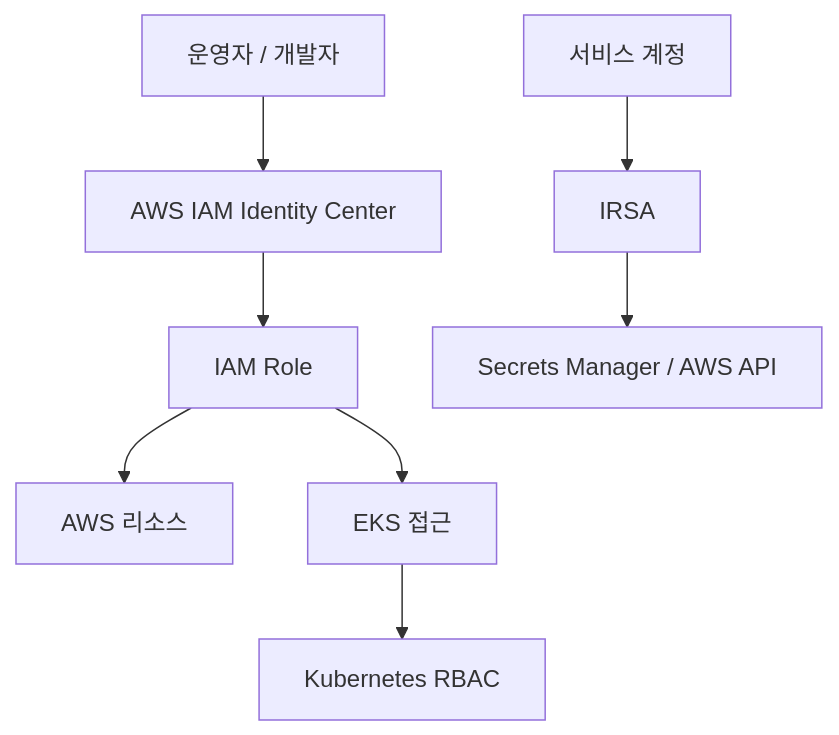
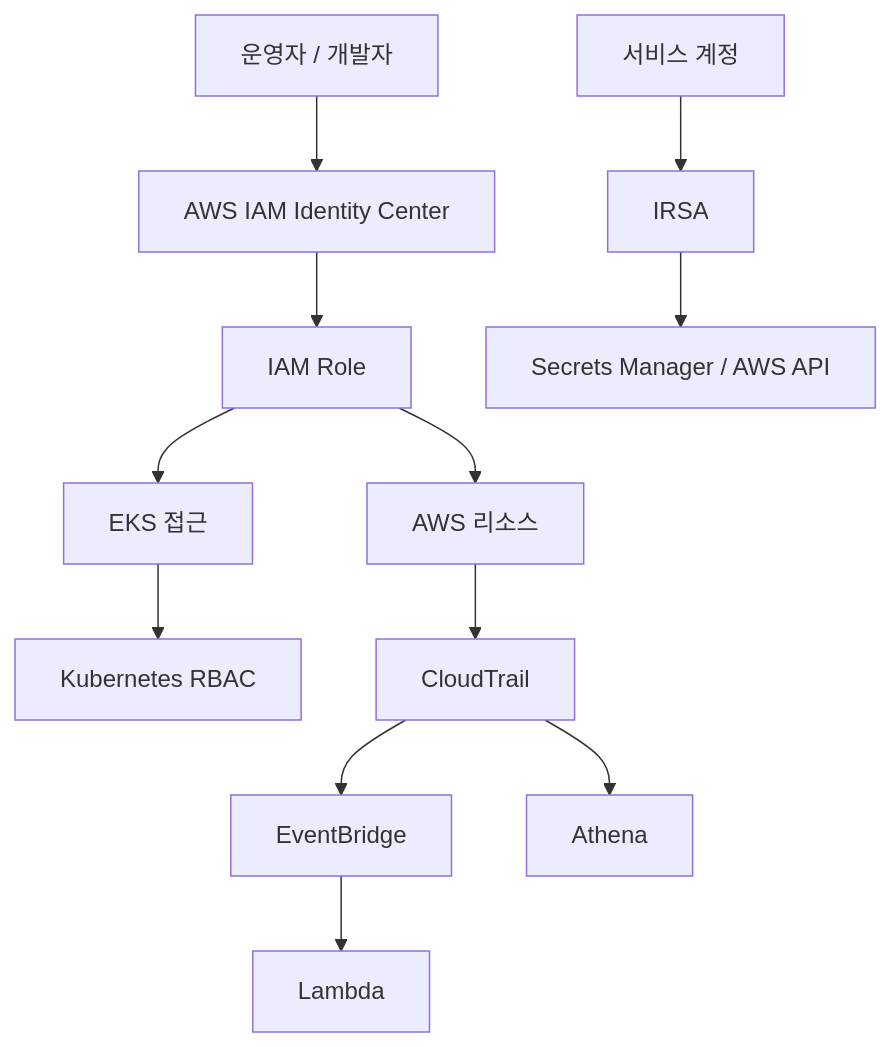
Before and after one commit to goorm-gongbang/001-finalPR: the diagram in docs/content/security/iam.md, drawn with Mermaid. The commit also changed other lines of this file and 5 other files, not shown here.

````diff
--- a/docs/content/security/iam.md
+++ b/docs/content/security/iam.md
@@ -9,11 +9,16 @@
 ```mermaid
 flowchart TD
     USER[운영자 / 개발자] --> SSO[AWS IAM Identity Center]
     SSO --> ROLE[IAM Role]
     ROLE --> AWS[AWS 리소스]
     ROLE --> EKS[EKS 접근]
     EKS --> RBAC[Kubernetes RBAC]
 
     POD[서비스 계정] --> IRSA[IRSA]
     IRSA --> SECRET[Secrets Manager / AWS API]
+
+    AWS --> TRAIL[CloudTrail]
+    TRAIL --> EVENT[EventBridge]
+    EVENT --> LAMBDA[Lambda]
+    TRAIL --> ATHENA[Athena]
 ```
````
